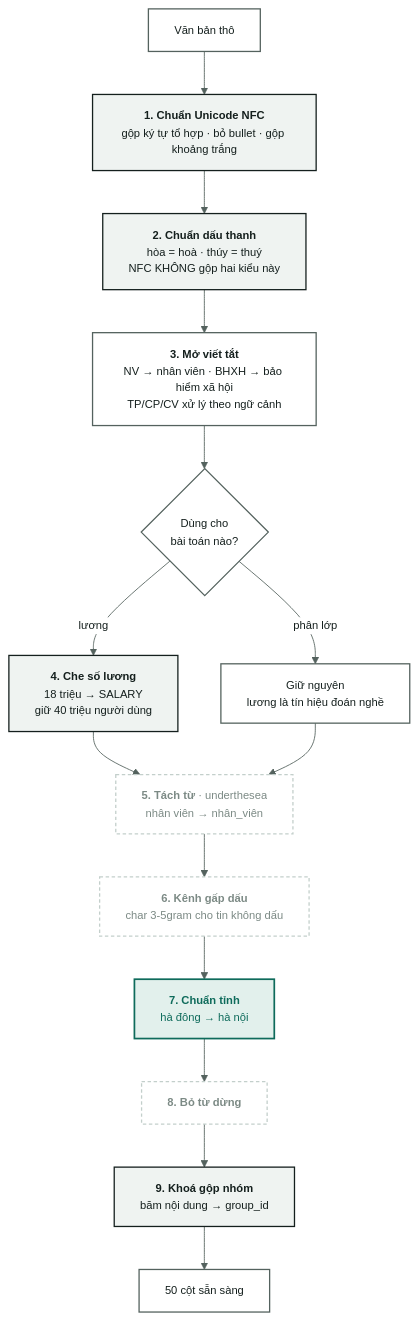
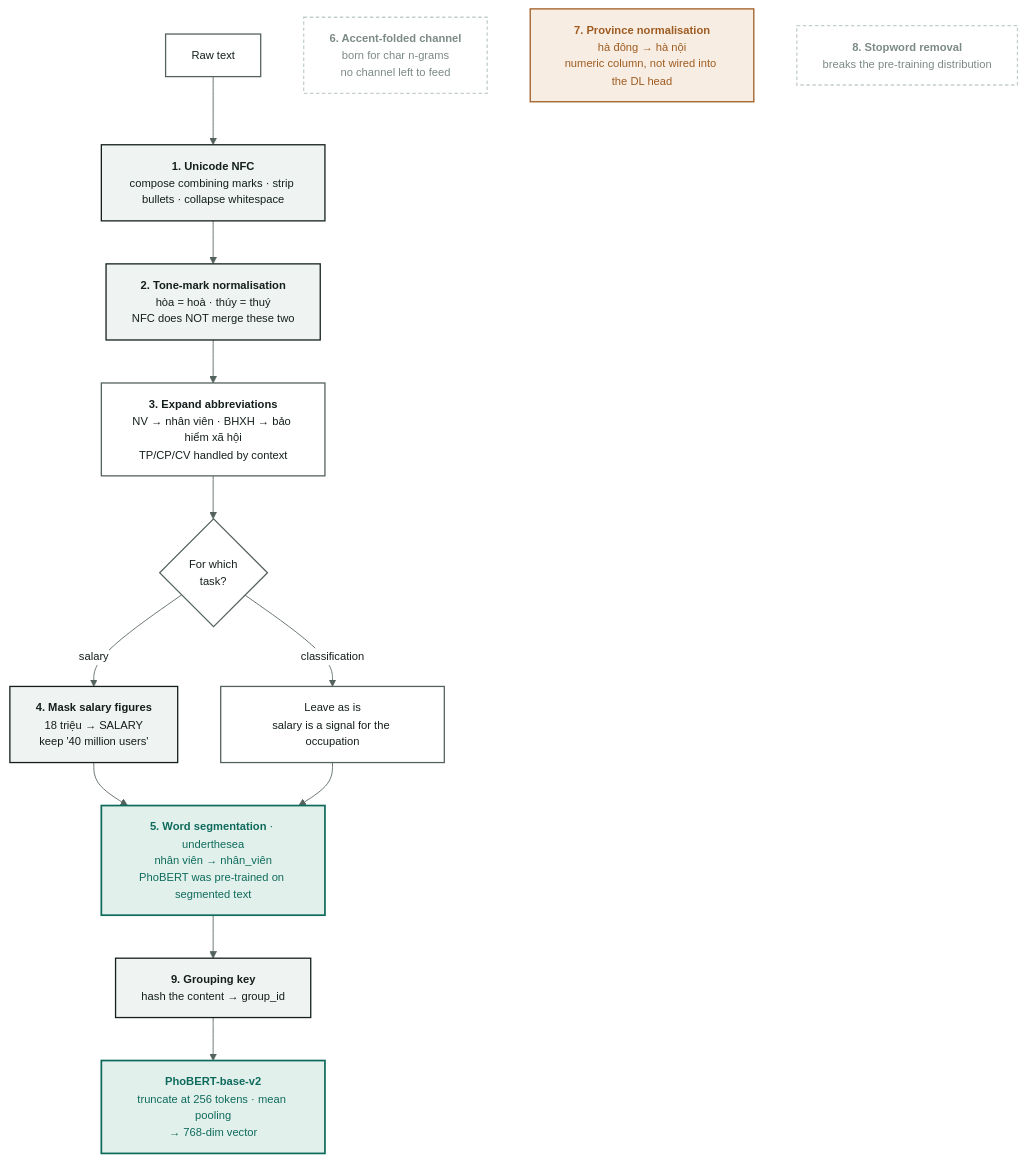
The diagram in docs/02-vietnamese-nlp.md (boy2407/vietjobs), drawn with Mermaid before and after one commit. The commit also changed other lines of this file and 85 other files, not shown here.

````diff
--- a/docs/02-vietnamese-nlp.md
+++ b/docs/02-vietnamese-nlp.md
@@ -70,39 +90,42 @@
 ```mermaid
 %%{init:{'theme':'base','themeVariables':{
   'primaryColor':'#EFF3F1','primaryTextColor':'#141F1D','primaryBorderColor':'#54625E',
   'lineColor':'#54625E','fontSize':'13px','fontFamily':'Be Vietnam Pro, Segoe UI, sans-serif',
   'clusterBkg':'#FFFFFF','clusterBorder':'#C3CFCB','edgeLabelBackground':'#FFFFFF',
   'secondaryColor':'#FFFFFF','tertiaryColor':'#FFFFFF','mainBkg':'#FFFFFF',
   'nodeTextColor':'#141F1D','titleColor':'#141F1D'}}}%%
 flowchart TD
     classDef default fill:#FFFFFF,stroke:#54625E,stroke-width:1.5px,color:#141F1D
-    IN["Văn bản thô"]
-    N1["<b>1. Chuẩn Unicode NFC</b><br/>gộp ký tự tổ hợp · bỏ bullet · gộp khoảng trắng"]
-    N2["<b>2. Chuẩn dấu thanh</b><br/>hòa = hoà · thúy = thuý<br/>NFC KHÔNG gộp hai kiểu này"]
-    N3["<b>3. Mở viết tắt</b><br/>NV → nhân viên · BHXH → bảo hiểm xã hội<br/>TP/CP/CV xử lý theo ngữ cảnh"]
+    IN["Raw text"]
+    N1["<b>1. Unicode NFC</b><br/>compose combining marks · strip bullets · collapse whitespace"]
+    N2["<b>2. Tone-mark normalisation</b><br/>hòa = hoà · thúy = thuý<br/>NFC does NOT merge these two"]
+    N3["<b>3. Expand abbreviations</b><br/>NV → nhân viên · BHXH → bảo hiểm xã hội<br/>TP/CP/CV handled by context"]
 
-    BR{"Dùng cho<br/>bài toán nào?"}
-    MASK["<b>4. Che số lương</b><br/>18 triệu → SALARY<br/>giữ 40 triệu người dùng"]
-    CLS["Giữ nguyên<br/>lương là tín hiệu đoán nghề"]
+    BR{"For which<br/>task?"}
+    MASK["<b>4. Mask salary figures</b><br/>18 triệu → SALARY<br/>keep '40 million users'"]
+    CLS["Leave as is<br/>salary is a signal for the occupation"]
 
-    N4["<b>5. Tách từ</b> · underthesea<br/>nhân viên → nhân_viên"]
-    N5["<b>6. Kênh gấp dấu</b><br/>char 3-5gram cho tin không dấu"]
-    N6["<b>7. Chuẩn tỉnh</b><br/>hà đông → hà nội"]
-    N7["<b>8. Bỏ từ dừng</b>"]
-    N8["<b>9. Khoá gộp nhóm</b><br/>băm nội dung → group_id"]
-    OUT["50 cột sẵn sàng"]
+    N4["<b>5. Word segmentation</b> · underthesea<br/>nhân viên → nhân_viên<br/>PhoBERT was pre-trained on segmented text"]
+    N8["<b>9. Grouping key</b><br/>hash the content → group_id"]
+    ENC["<b>PhoBERT-base-v2</b><br/>truncate at 256 tokens · mean pooling<br/>→ 768-dim vector"]
+
+    N5["<b>6. Accent-folded channel</b><br/>born for char n-grams<br/>no channel left to feed"]
+    N6["<b>7. Province normalisation</b><br/>hà đông → hà nội<br/>numeric column, not wired into the DL head"]
+    N7["<b>8. Stopword removal</b><br/>breaks the pre-training distribution"]
 
     IN --> N1 --> N2 --> N3 --> BR
-    BR -->|"lương"| MASK
-    BR -->|"phân lớp"| CLS
+    BR -->|"salary"| MASK
+    BR -->|"classification"| CLS
     MASK --> N4
     CLS --> N4
-    N4 --> N5 --> N6 --> N7 --> N8 --> OUT
+    N4 --> N8 --> ENC
 
+    classDef must fill:#EFF3F1,stroke:#141F1D,stroke-width:1.5px,color:#141F1D
     classDef keep fill:#E2F0EC,stroke:#0E6B5B,stroke-width:2px,color:#0E6B5B
     classDef drop fill:#FFFFFF,stroke:#C3CFCB,stroke-dasharray:4 3,color:#7C8A85
-    classDef must fill:#EFF3F1,stroke:#141F1D,stroke-width:1.5px,color:#141F1D
+    classDef wait fill:#F8EDE2,stroke:#9E5C22,stroke-width:1.5px,color:#9E5C22
     class N1,N2,MASK,N8 must
-    class N6 keep
-    class N4,N5,N7 drop
+    class N4,ENC keep
+    class N5,N7 drop
+    class N6 wait
 ```
````
